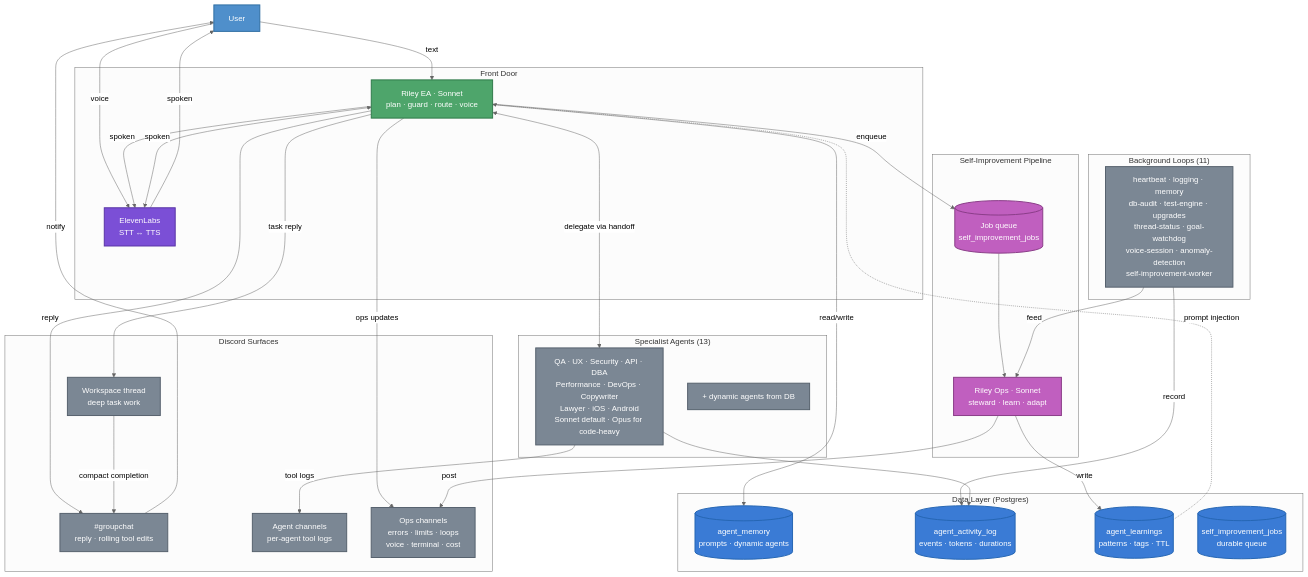
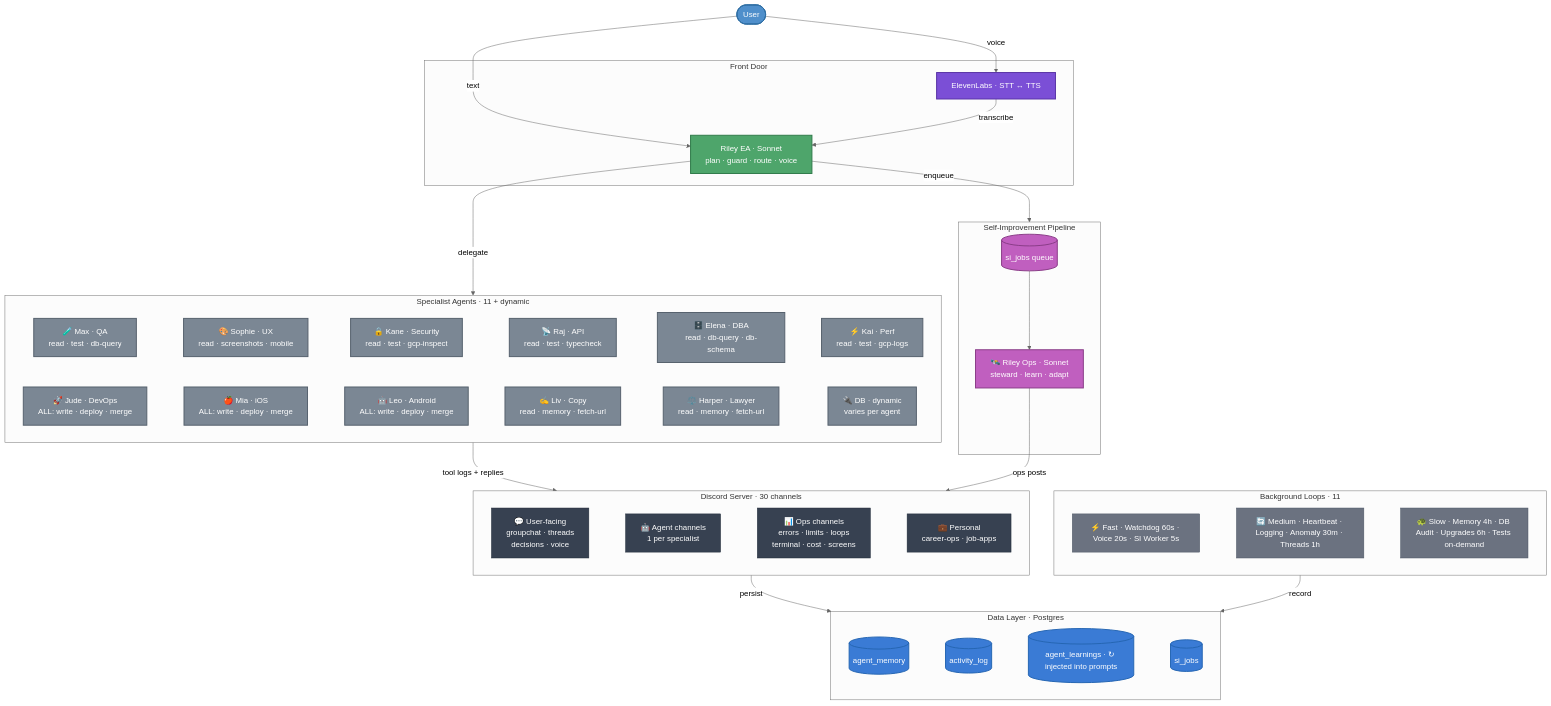
The diagram in README.md (jflessenkemper/ASAP-discord), drawn with Mermaid (neutral theme) before and after one commit. The commit also changed other lines of this file and 15 other files, not shown here.

First line of the commit message:
feat: Copilot-style tool chain display, voice latency improvements, token optimizations

````diff
--- a/README.md
+++ b/README.md
@@ -33,75 +33,86 @@
 ```mermaid
 flowchart TD
-    User[User]
+    User([User])
 
     subgraph FrontDoor["Front Door"]
         Riley["Riley EA · Sonnet<br/>plan · guard · route · voice"]
-        Voice["ElevenLabs<br/>STT ↔ TTS"]
-    end
-
-    subgraph Agents["Specialist Agents (13)"]
-        AgentList["QA · UX · Security · API · DBA<br/>Performance · DevOps · Copywriter<br/>Lawyer · iOS · Android<br/>Sonnet default · Opus for code-heavy"]
-        DynAgents["+ dynamic agents from DB"]
-    end
-
-    subgraph SelfImprove["Self-Improvement Pipeline"]
-        SIQueue[("Job queue<br/>self_improvement_jobs")]
-        RileyOps["Riley Ops · Sonnet<br/>steward · learn · adapt"]
-    end
-
-    subgraph Surfaces["Discord Surfaces"]
-        Groupchat["#groupchat<br/>reply · rolling tool edits"]
-        Workspace["Workspace thread<br/>deep task work"]
-        AgentCh["Agent channels<br/>per-agent tool logs"]
-        OpsDash["Ops channels<br/>errors · limits · loops<br/>voice · terminal · cost"]
-    end
-
-    subgraph Loops["Background Loops (11)"]
-        LoopList["heartbeat · logging · memory<br/>db-audit · test-engine · upgrades<br/>thread-status · goal-watchdog<br/>voice-session · anomaly-detection<br/>self-improvement-worker"]
-    end
-
-    subgraph Data["Data Layer (Postgres)"]
-        Memory[("agent_memory<br/>prompts · dynamic agents")]
-        ActivityLog[("agent_activity_log<br/>events · tokens · durations")]
-        Learnings[("agent_learnings<br/>patterns · tags · TTL")]
-        SIJobs[("self_improvement_jobs<br/>durable queue")]
+        Voice["ElevenLabs · STT ↔ TTS"]
     end
 
     User -->|text| Riley
     User -->|voice| Voice
-    Voice <-->|spoken| Riley
-    Riley <-->|delegate via handoff| AgentList
-    AgentList -->|tool logs| AgentCh
-    Riley -->|reply| Groupchat
-    Riley -->|task reply| Workspace
-    Riley -->|spoken| Voice
-    Voice -->|spoken| User
-    Groupchat -->|notify| User
-    Workspace -->|compact completion| Groupchat
-    Riley -->|ops updates| OpsDash
+    Voice -->|transcribe| Riley
 
-    Riley -->|enqueue| SIQueue
-    SIQueue --> RileyOps
-    RileyOps -->|write| Learnings
-    RileyOps -->|post| OpsDash
-    LoopList -->|feed| RileyOps
-    LoopList -->|record| ActivityLog
+    Riley -->|delegate| Agents
+    Riley -->|enqueue| SelfImprove
 
-    Riley -->|read/write| Memory
-    AgentList --> ActivityLog
-    Learnings -.->|prompt injection| Riley
+    subgraph Agents["Specialist Agents · 11 + dynamic"]
+        Max["🧪 Max · QA<br/>read · test · db-query"]
+        Sophie["🎨 Sophie · UX<br/>read · screenshots · mobile"]
+        Kane["🔒 Kane · Security<br/>read · test · gcp-inspect"]
+        Raj["📡 Raj · API<br/>read · test · typecheck"]
+        Elena["🗄️ Elena · DBA<br/>read · db-query · db-schema"]
+        Kai["⚡ Kai · Perf<br/>read · test · gcp-logs"]
+        Jude["🚀 Jude · DevOps<br/>ALL: write · deploy · merge"]
+        Mia["🍎 Mia · iOS<br/>ALL: write · deploy · merge"]
+        Leo["🤖 Leo · Android<br/>ALL: write · deploy · merge"]
+        Liv["✍️ Liv · Copy<br/>read · memory · fetch-url"]
+        Harper["⚖️ Harper · Lawyer<br/>read · memory · fetch-url"]
+        DBAgents["🔌 DB · dynamic<br/>varies per agent"]
+        Max ~~~ Sophie ~~~ Kane ~~~ Raj ~~~ Elena ~~~ Kai
+        Jude ~~~ Mia ~~~ Leo ~~~ Liv ~~~ Harper ~~~ DBAgents
+    end
+
+    subgraph SelfImprove["Self-Improvement Pipeline"]
+        SIQueue[("si_jobs queue")]
+        RileyOps["🛰️ Riley Ops · Sonnet<br/>steward · learn · adapt"]
+        SIQueue --> RileyOps
+    end
+
+    Agents -->|tool logs + replies| Surfaces
+    RileyOps -->|ops posts| Surfaces
+
+    subgraph Surfaces["Discord Server · 30 channels"]
+        UserCh["💬 User-facing<br/>groupchat · threads<br/>decisions · voice"]
+        AgentCh["🤖 Agent channels<br/>1 per specialist"]
+        OpsCh["📊 Ops channels<br/>errors · limits · loops<br/>terminal · cost · screens"]
+        PersonalCh["💼 Personal<br/>career-ops · job-apps"]
+        UserCh ~~~ AgentCh ~~~ OpsCh ~~~ PersonalCh
+    end
+
+    Surfaces -->|persist| Data
+    Loops -->|record| Data
+
+    subgraph Loops["Background Loops · 11"]
+        LoopFast["⚡ Fast · Watchdog 60s · Voice 20s · SI Worker 5s"]
+        LoopMed["🔄 Medium · Heartbeat · Logging · Anomaly 30m · Threads 1h"]
+        LoopSlow["🐢 Slow · Memory 4h · DB Audit · Upgrades 6h · Tests on-demand"]
+        LoopFast ~~~ LoopMed ~~~ LoopSlow
+    end
+
+    subgraph Data["Data Layer · Postgres"]
+        Memory[("agent_memory")]
+        ActivityLog[("activity_log")]
+        Learnings[("agent_learnings · ↻ injected into prompts")]
+        SIJobs[("si_jobs")]
+        Memory ~~~ ActivityLog ~~~ Learnings ~~~ SIJobs
+    end
 
     classDef user fill:#4f8fcb,stroke:#2f6ea3,color:#fff,stroke-width:2px
     classDef riley fill:#4ea56b,stroke:#2f7a49,color:#fff,stroke-width:2px
-    classDef surface fill:#7b8794,stroke:#56616d,color:#fff,stroke-width:2px
+    classDef agent fill:#7b8794,stroke:#56616d,color:#fff,stroke-width:2px
     classDef voice fill:#7b4fd6,stroke:#5934a5,color:#fff,stroke-width:2px
     classDef data fill:#3a7bd5,stroke:#2566b3,color:#fff,stroke-width:2px
     classDef improve fill:#c05fbf,stroke:#8a3d88,color:#fff,stroke-width:2px
+    classDef loop fill:#6b7280,stroke:#4b5563,color:#fff,stroke-width:1px
+    classDef surface fill:#374151,stroke:#1f2937,color:#fff,stroke-width:1px
 
     class User user
     class Riley riley
     class Voice voice
-    class Groupchat,Workspace,AgentCh,OpsDash,AgentList,DynAgents,LoopList surface
+    class Max,Sophie,Kane,Raj,Elena,Kai,Jude,Mia,Leo,Liv,Harper,DBAgents agent
+    class UserCh,AgentCh,OpsCh,PersonalCh surface
     class Memory,ActivityLog,Learnings,SIJobs data
     class SIQueue,RileyOps improve
+    class LoopFast,LoopMed,LoopSlow loop
 ```
````
